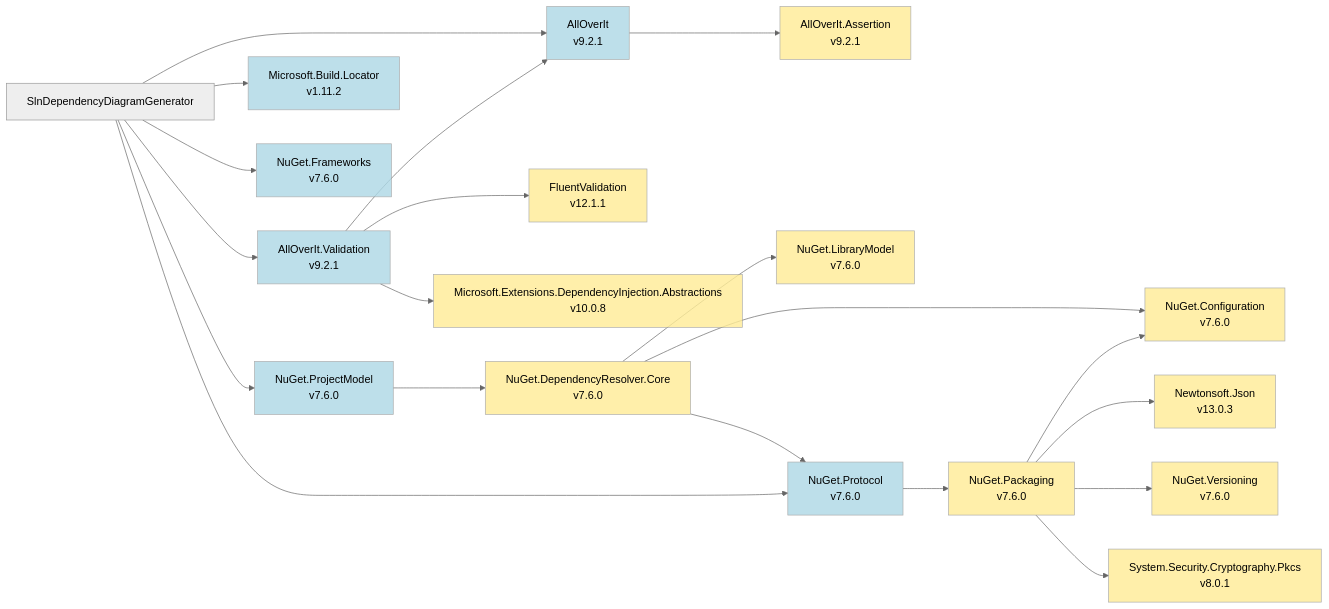
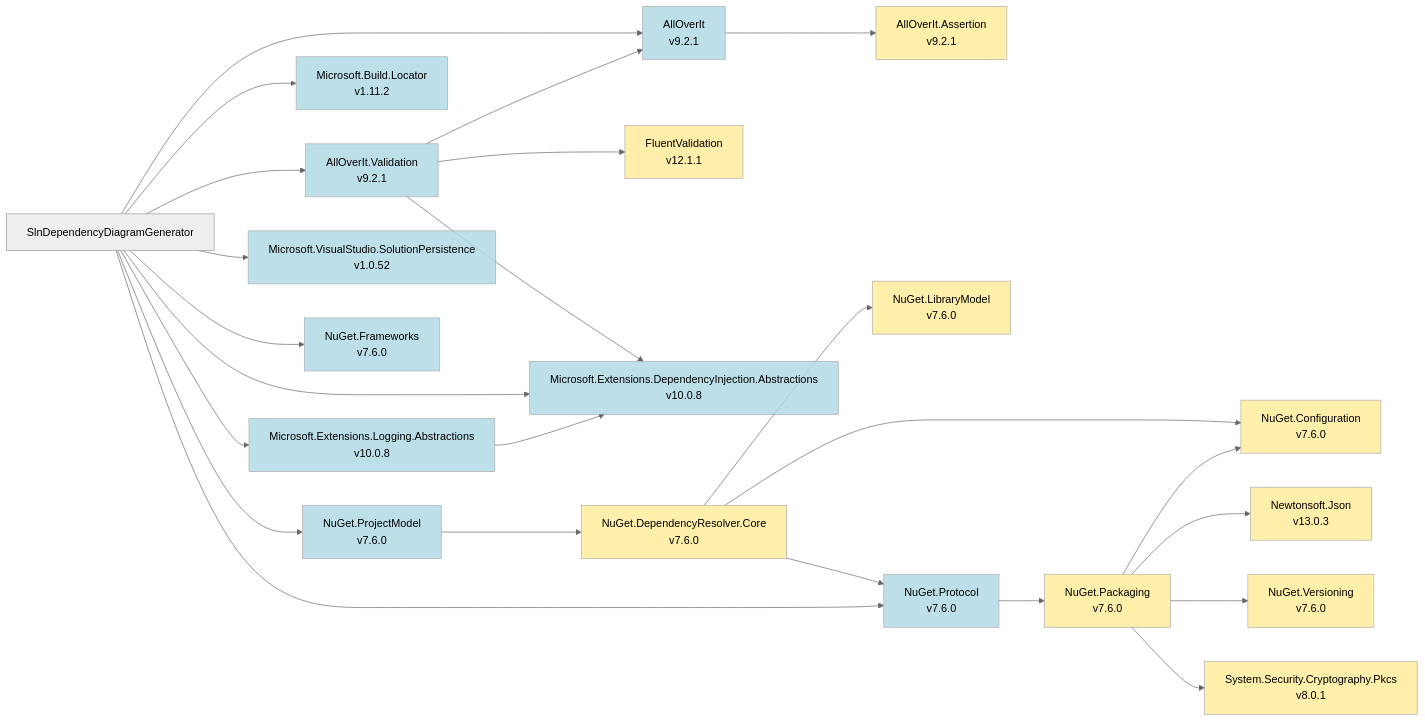
The diagram in Samples/Output/net10.0/mmd/slndependencydiagramgenerator.mmd (mjfreelancing/SlnDependencyDiagramGenerator), drawn with Mermaid (neutral theme) before and after one commit. The commit also changed 81 other files, not shown here.

Commit message:
Sample project cleanup and diagram re-generation

```diff
--- a/Samples/Output/net10.0/mmd/slndependencydiagramgenerator.mmd
+++ b/Samples/Output/net10.0/mmd/slndependencydiagramgenerator.mmd
@@ -1,53 +1,61 @@
 flowchart LR
   slndependencydiagramgenerator["SlnDependencyDiagramGenerator"]
   alloverit_9-2-1["AllOverIt<br>v9.2.1"]
   alloverit-assertion_9-2-1["AllOverIt.Assertion<br>v9.2.1"]
   alloverit-validation_9-2-1["AllOverIt.Validation<br>v9.2.1"]
   fluentvalidation_12-1-1["FluentValidation<br>v12.1.1"]
   microsoft-extensions-dependencyinjection-abstractions_10-0-8["Microsoft.Extensions.DependencyInjection.Abstractions<br>v10.0.8"]
   microsoft-build-locator_1-11-2["Microsoft.Build.Locator<br>v1.11.2"]
+  microsoft-extensions-logging-abstractions_10-0-8["Microsoft.Extensions.Logging.Abstractions<br>v10.0.8"]
+  microsoft-visualstudio-solutionpersistence_1-0-52["Microsoft.VisualStudio.SolutionPersistence<br>v1.0.52"]
   nuget-frameworks_7-6-0["NuGet.Frameworks<br>v7.6.0"]
   nuget-projectmodel_7-6-0["NuGet.ProjectModel<br>v7.6.0"]
   nuget-dependencyresolver-core_7-6-0["NuGet.DependencyResolver.Core<br>v7.6.0"]
   nuget-configuration_7-6-0["NuGet.Configuration<br>v7.6.0"]
   nuget-librarymodel_7-6-0["NuGet.LibraryModel<br>v7.6.0"]
   nuget-protocol_7-6-0["NuGet.Protocol<br>v7.6.0"]
   nuget-packaging_7-6-0["NuGet.Packaging<br>v7.6.0"]
   newtonsoft-json_13-0-3["Newtonsoft.Json<br>v13.0.3"]
   nuget-versioning_7-6-0["NuGet.Versioning<br>v7.6.0"]
   system-security-cryptography-pkcs_8-0-1["System.Security.Cryptography.Pkcs<br>v8.0.1"]
   slndependencydiagramgenerator --> alloverit_9-2-1
   alloverit_9-2-1 --> alloverit-assertion_9-2-1
   slndependencydiagramgenerator --> alloverit-validation_9-2-1
   alloverit-validation_9-2-1 --> alloverit_9-2-1
   alloverit-validation_9-2-1 --> fluentvalidation_12-1-1
   alloverit-validation_9-2-1 --> microsoft-extensions-dependencyinjection-abstractions_10-0-8
   slndependencydiagramgenerator --> microsoft-build-locator_1-11-2
+  slndependencydiagramgenerator --> microsoft-extensions-dependencyinjection-abstractions_10-0-8
+  slndependencydiagramgenerator --> microsoft-extensions-logging-abstractions_10-0-8
+  microsoft-extensions-logging-abstractions_10-0-8 --> microsoft-extensions-dependencyinjection-abstractions_10-0-8
+  slndependencydiagramgenerator --> microsoft-visualstudio-solutionpersistence_1-0-52
   slndependencydiagramgenerator --> nuget-frameworks_7-6-0
   slndependencydiagramgenerator --> nuget-projectmodel_7-6-0
   nuget-projectmodel_7-6-0 --> nuget-dependencyresolver-core_7-6-0
   nuget-dependencyresolver-core_7-6-0 --> nuget-configuration_7-6-0
   nuget-dependencyresolver-core_7-6-0 --> nuget-librarymodel_7-6-0
   nuget-dependencyresolver-core_7-6-0 --> nuget-protocol_7-6-0
   slndependencydiagramgenerator --> nuget-protocol_7-6-0
   nuget-protocol_7-6-0 --> nuget-packaging_7-6-0
   nuget-packaging_7-6-0 --> newtonsoft-json_13-0-3
   nuget-packaging_7-6-0 --> nuget-configuration_7-6-0
   nuget-packaging_7-6-0 --> nuget-versioning_7-6-0
   nuget-packaging_7-6-0 --> system-security-cryptography-pkcs_8-0-1
   style alloverit_9-2-1 fill:#ADD8E6,opacity:0.8
   style alloverit-assertion_9-2-1 fill:#FFEC96,opacity:0.8
   style alloverit-validation_9-2-1 fill:#ADD8E6,opacity:0.8
   style fluentvalidation_12-1-1 fill:#FFEC96,opacity:0.8
-  style microsoft-extensions-dependencyinjection-abstractions_10-0-8 fill:#FFEC96,opacity:0.8
+  style microsoft-extensions-dependencyinjection-abstractions_10-0-8 fill:#ADD8E6,opacity:0.8
   style microsoft-build-locator_1-11-2 fill:#ADD8E6,opacity:0.8
+  style microsoft-extensions-logging-abstractions_10-0-8 fill:#ADD8E6,opacity:0.8
+  style microsoft-visualstudio-solutionpersistence_1-0-52 fill:#ADD8E6,opacity:0.8
   style nuget-frameworks_7-6-0 fill:#ADD8E6,opacity:0.8
   style nuget-projectmodel_7-6-0 fill:#ADD8E6,opacity:0.8
   style nuget-dependencyresolver-core_7-6-0 fill:#FFEC96,opacity:0.8
   style nuget-configuration_7-6-0 fill:#FFEC96,opacity:0.8
   style nuget-librarymodel_7-6-0 fill:#FFEC96,opacity:0.8
   style nuget-protocol_7-6-0 fill:#ADD8E6,opacity:0.8
   style nuget-packaging_7-6-0 fill:#FFEC96,opacity:0.8
   style newtonsoft-json_13-0-3 fill:#FFEC96,opacity:0.8
   style nuget-versioning_7-6-0 fill:#FFEC96,opacity:0.8
   style system-security-cryptography-pkcs_8-0-1 fill:#FFEC96,opacity:0.8
```
